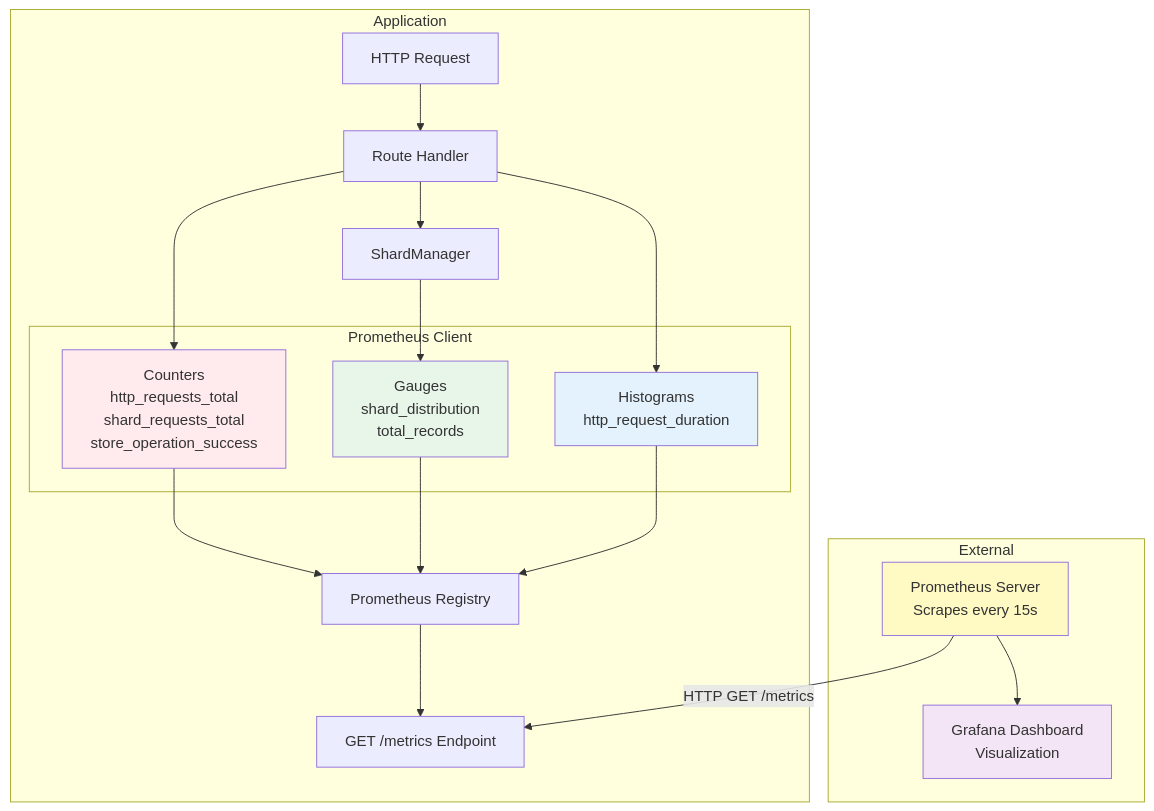
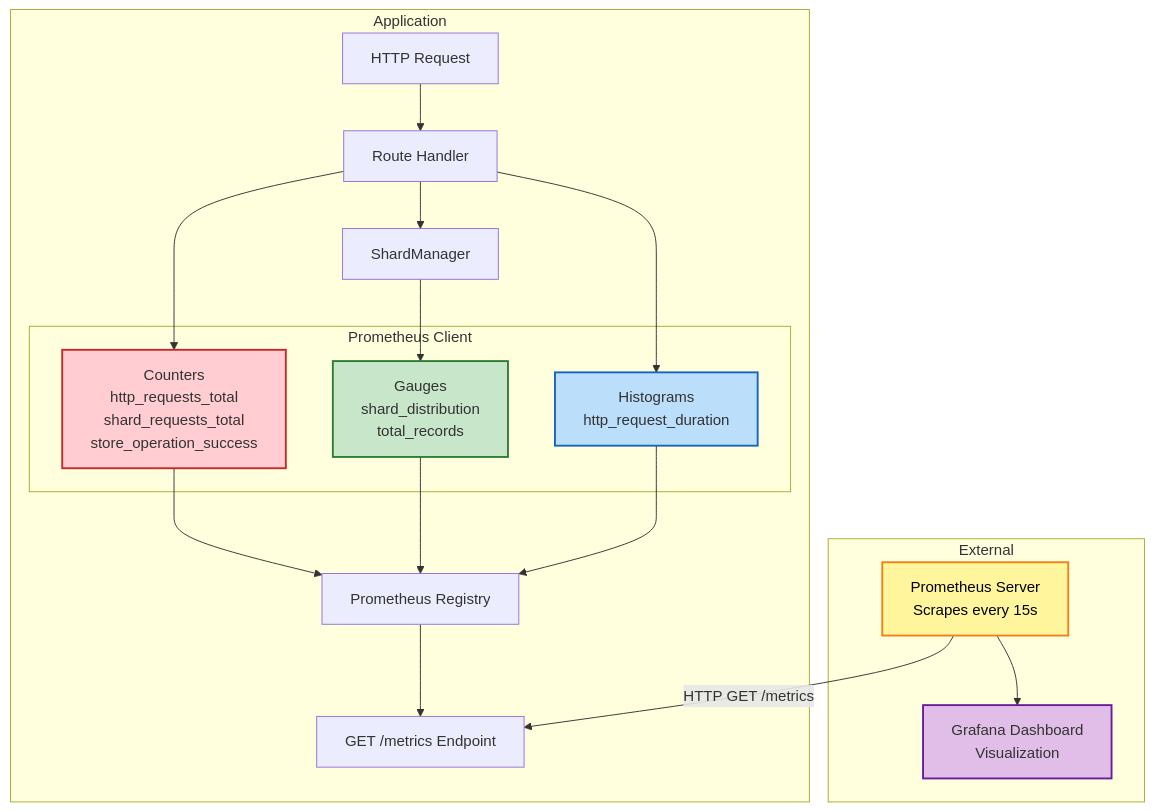
The eighth of 10 diagrams in ARCHITECTURE.md (Demilade01/sharded-data-service), drawn with Mermaid before and after one commit. The commit also changed other lines of this file, not shown here.

````diff
--- a/ARCHITECTURE.md
+++ b/ARCHITECTURE.md
@@ -333,42 +333,42 @@
 ```mermaid
 graph TB
     subgraph "Application"
         Request[HTTP Request]
         Handler[Route Handler]
         ShardMgr[ShardManager]
 
         subgraph "Prometheus Client"
             Counter[Counters<br/>http_requests_total<br/>shard_requests_total<br/>store_operation_success]
             Gauge[Gauges<br/>shard_distribution<br/>total_records]
             Histogram[Histograms<br/>http_request_duration]
         end
 
         Registry[Prometheus Registry]
         Endpoint[GET /metrics Endpoint]
     end
 
     subgraph "External"
         Prom[Prometheus Server<br/>Scrapes every 15s]
         Grafana[Grafana Dashboard<br/>Visualization]
     end
 
     Request --> Handler
     Handler --> ShardMgr
     Handler --> Counter
     Handler --> Histogram
     ShardMgr --> Gauge
 
     Counter --> Registry
     Gauge --> Registry
     Histogram --> Registry
 
     Registry --> Endpoint
     Prom -->|HTTP GET /metrics| Endpoint
     Prom --> Grafana
 
-    style Counter fill:#ffebee
-    style Gauge fill:#e8f5e9
-    style Histogram fill:#e3f2fd
-    style Prom fill:#fff9c4
-    style Grafana fill:#f3e5f5
+    style Counter fill:#ffcdd2,stroke:#c62828,stroke-width:2px
+    style Gauge fill:#c8e6c9,stroke:#2e7d32,stroke-width:2px
+    style Histogram fill:#bbdefb,stroke:#1565c0,stroke-width:2px
+    style Prom fill:#fff59d,stroke:#f57f17,stroke-width:2px,color:#000
+    style Grafana fill:#e1bee7,stroke:#6a1b9a,stroke-width:2px
 ```
````
